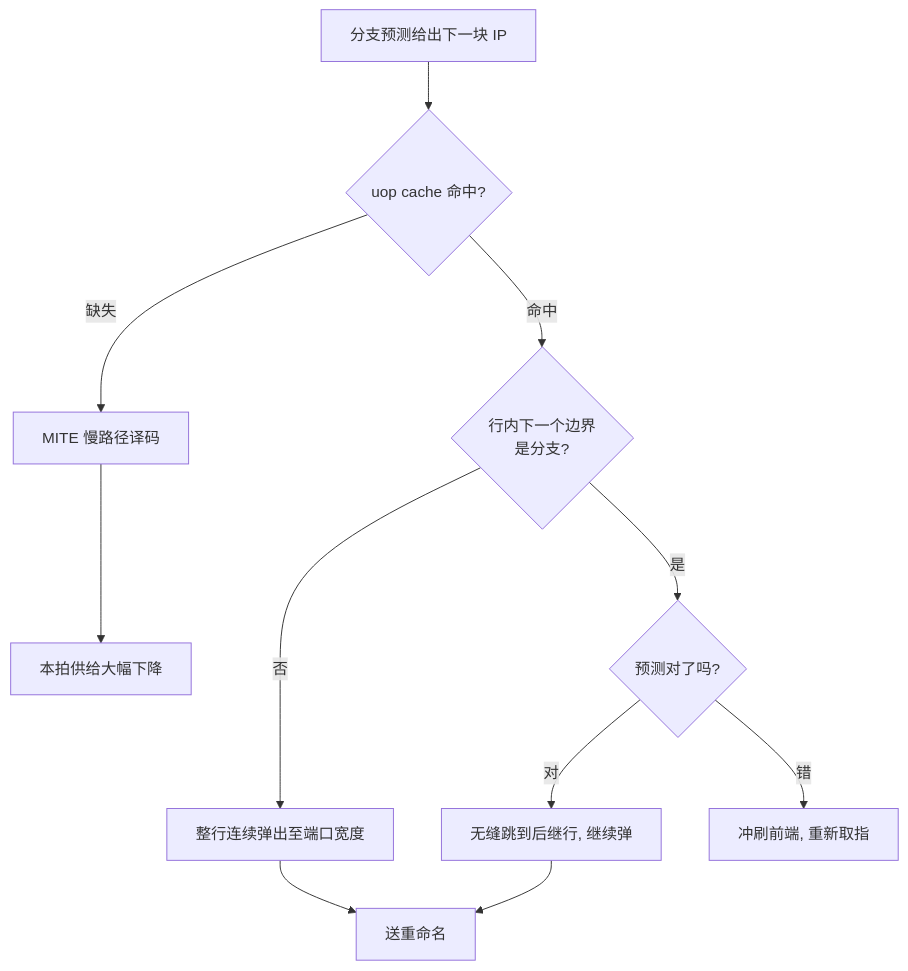
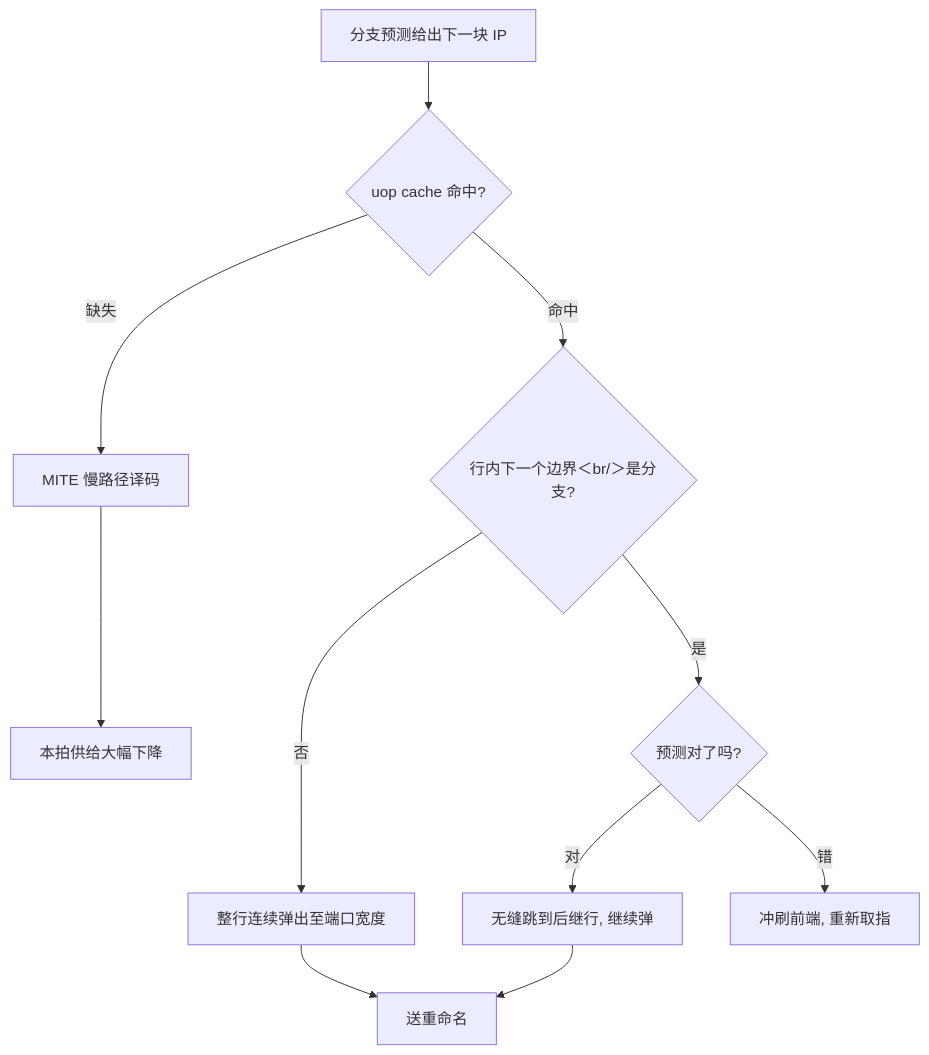
The second of 2 diagrams in docs/cs/uop-cache.md (xhongduo-tech/xhongduo-tech.github.io), drawn with Mermaid before and after one commit. The commit also changed 291 other files, not shown here.

Commit message:
Normalize lesson titles to tree names and repair mermaid arrow/quote syntax site-wide.

````diff
--- a/docs/cs/uop-cache.md
+++ b/docs/cs/uop-cache.md
@@ -41,13 +41,13 @@
 ```mermaid
 flowchart TD
   BR["分支预测给出下一块 IP"] --> LOOK{"uop cache 命中?"}
   LOOK -->|缺失| MIT["MITE 慢路径译码"]
   MIT --> RES["本拍供给大幅下降"]
-  LOOK -->|命中| EDGE{"行内下一个边界<br/>是分支?"}
+  LOOK -->|命中| EDGE{"行内下一个边界＜br/＞是分支?"}
   EDGE -->|否| POPS["整行连续弹出至端口宽度"]
   POPS --> RN["送重命名"]
   EDGE -->|是| PR{"预测对了吗?"}
   PR -->|对| JUMP["无缝跳到后继行, 继续弹"]
   JUMP --> RN
   PR -->|错| FLUSH["冲刷前端, 重新取指"]
 ```
````
